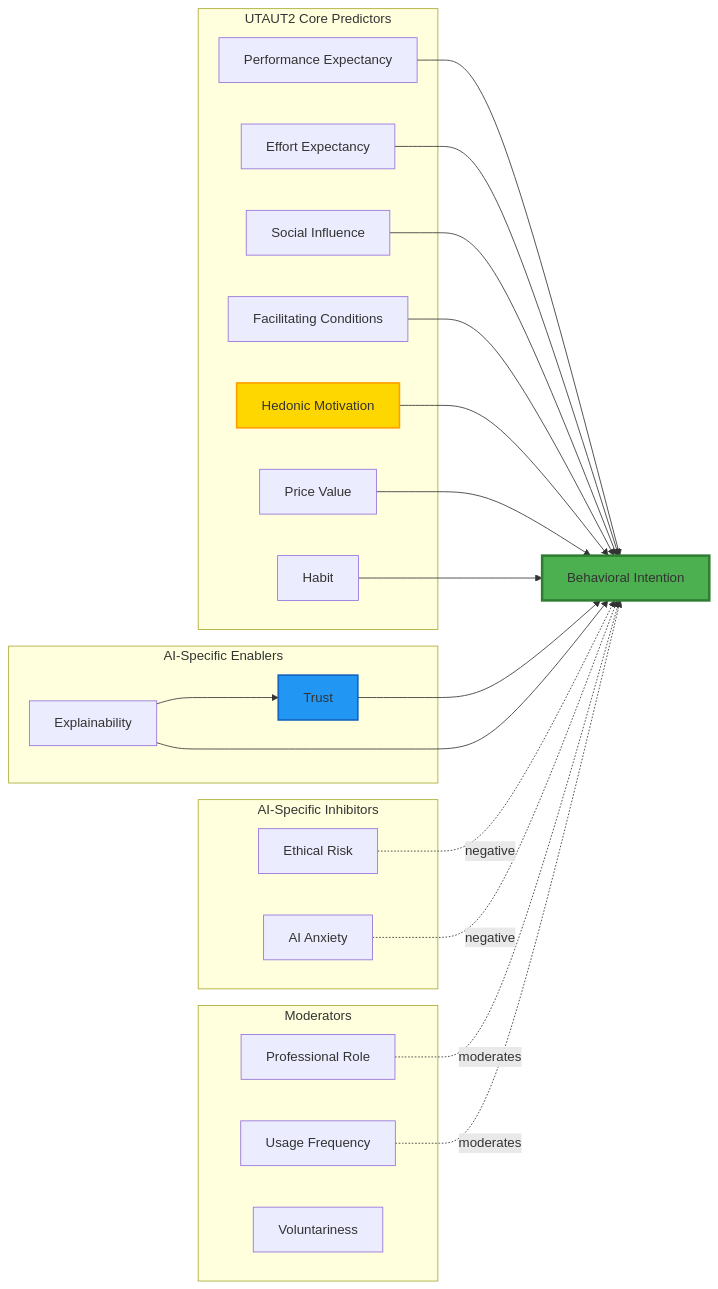
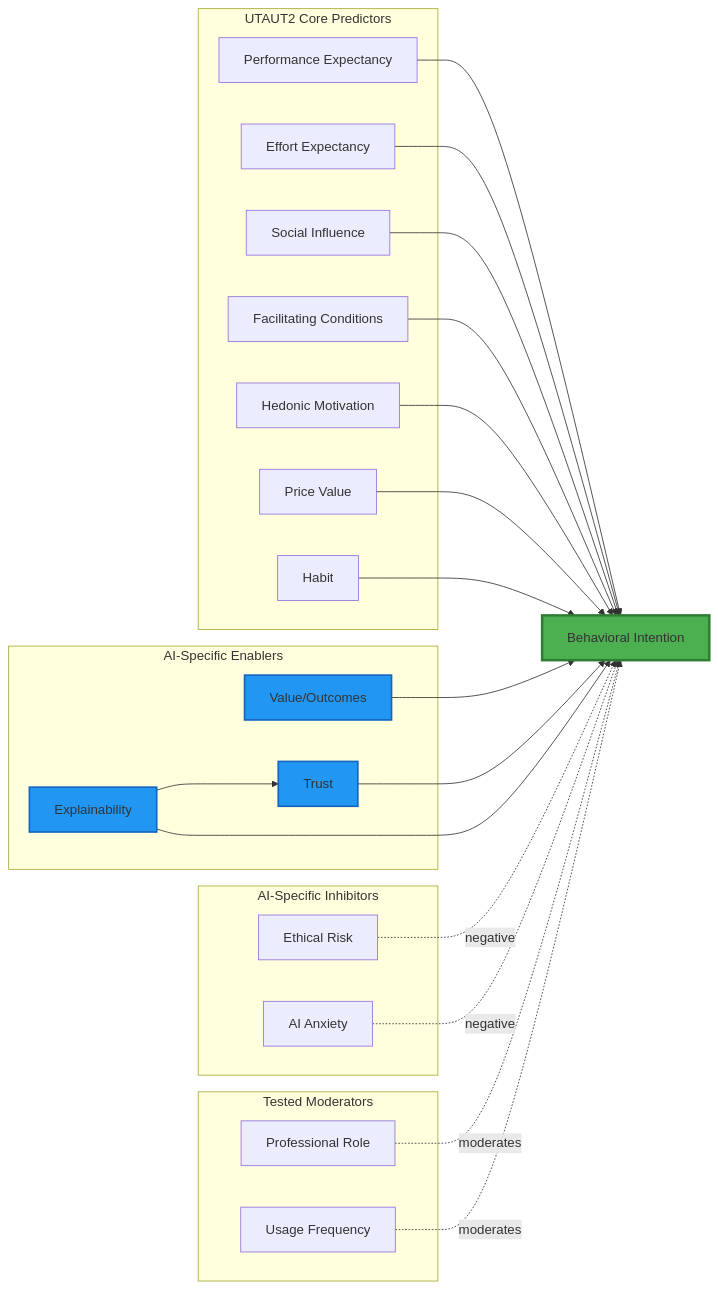
Before and after one commit to fabioc-aloha/AIRS_Data_Analysis: the first of 7 diagrams in DISSERTATION_MODEL_EVALUATION.md, drawn with Mermaid. The commit also changed other lines of this file and 9 other files, not shown here.

````diff
--- a/DISSERTATION_MODEL_EVALUATION.md
+++ b/DISSERTATION_MODEL_EVALUATION.md
@@ -25,50 +39,52 @@
 ```mermaid
 graph LR
     subgraph "UTAUT2 Core Predictors"
         PE[Performance Expectancy]
         EE[Effort Expectancy]
         SI[Social Influence]
         FC[Facilitating Conditions]
         HM[Hedonic Motivation]
         PV[Price Value]
         HB[Habit]
     end
 
     subgraph "AI-Specific Enablers"
+        VO[Value/Outcomes]
         EX[Explainability]
         TR[Trust]
     end
 
     subgraph "AI-Specific Inhibitors"
         ER[Ethical Risk]
         AX[AI Anxiety]
     end
 
-    subgraph "Moderators"
+    subgraph "Tested Moderators"
         ROLE[Professional Role]
         USAGE[Usage Frequency]
-        VOL[Voluntariness]
     end
 
     PE --> BI[Behavioral Intention]
     EE --> BI
     SI --> BI
     FC --> BI
     HM --> BI
     PV --> BI
     HB --> BI
 
+    VO --> BI
     EX --> TR
     TR --> BI
     EX --> BI
 
     ER -.negative.-> BI
     AX -.negative.-> BI
 
     ROLE -.moderates.-> BI
     USAGE -.moderates.-> BI
 
     style BI fill:#4CAF50,stroke:#2E7D32,stroke-width:3px
-    style HM fill:#FFD700,stroke:#FFA000,stroke-width:2px
+    style VO fill:#2196F3,stroke:#1565C0,stroke-width:2px
+    style EX fill:#2196F3,stroke:#1565C0,stroke-width:2px
     style TR fill:#2196F3,stroke:#1565C0,stroke-width:2px
 ```
````
